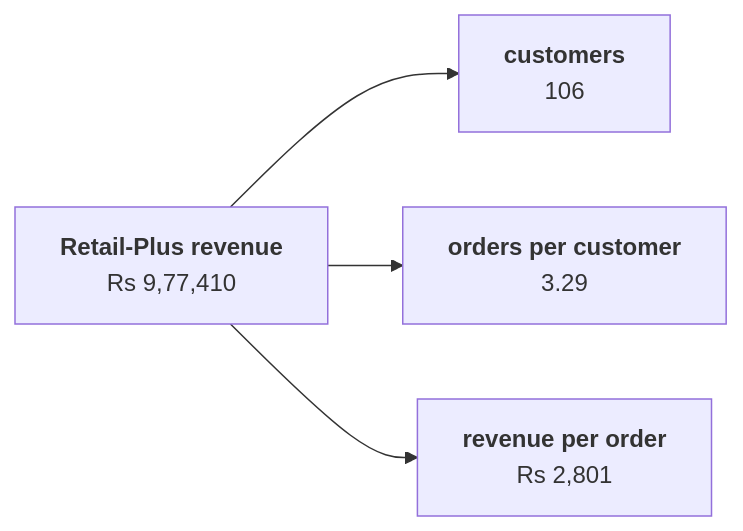
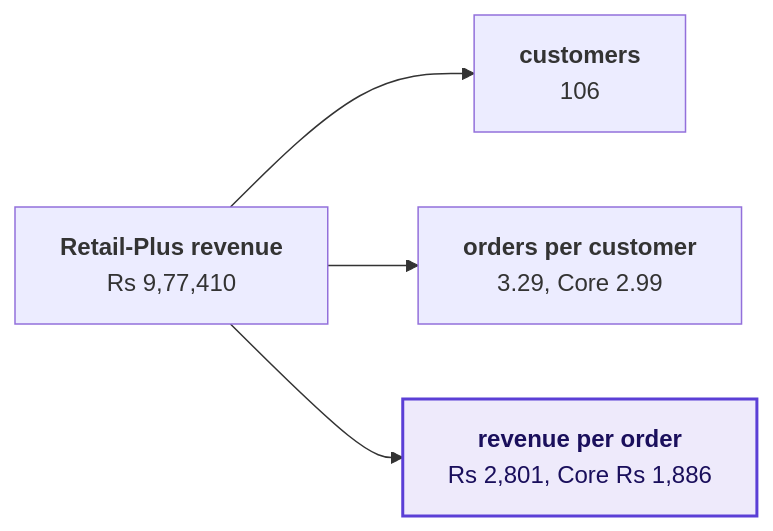
One commit to fde-academy-lab/c2-content-factory changed the seventh of 26 diagrams in content/W02/D5/slides/C2_W02_D05_half1_STUDENT.md. Above: the diagram before and after it, drawn with Mermaid. The commit also changed other lines of this file and 5 other files, not shown here.

````diff
--- a/content/W02/D5/slides/C2_W02_D05_half1_STUDENT.md
+++ b/content/W02/D5/slides/C2_W02_D05_half1_STUDENT.md
@@ -207,6 +318,8 @@
 ```mermaid
 flowchart LR
     R["<b>Retail-Plus revenue</b><br/>Rs 9,77,410"] --> C["<b>customers</b><br/>106"]
-    R --> F["<b>orders per customer</b><br/>3.29"]
-    R --> O["<b>revenue per order</b><br/>Rs 2,801"]
+    R --> F["<b>orders per customer</b><br/>3.29, Core 2.99"]
+    R --> O["<b>revenue per order</b><br/>Rs 2,801, Core Rs 1,886"]
+    classDef known fill:#EEEAFB,stroke:#5B3FD6,color:#1A0F5C,stroke-width:2px
+    class O known
 ```
````
